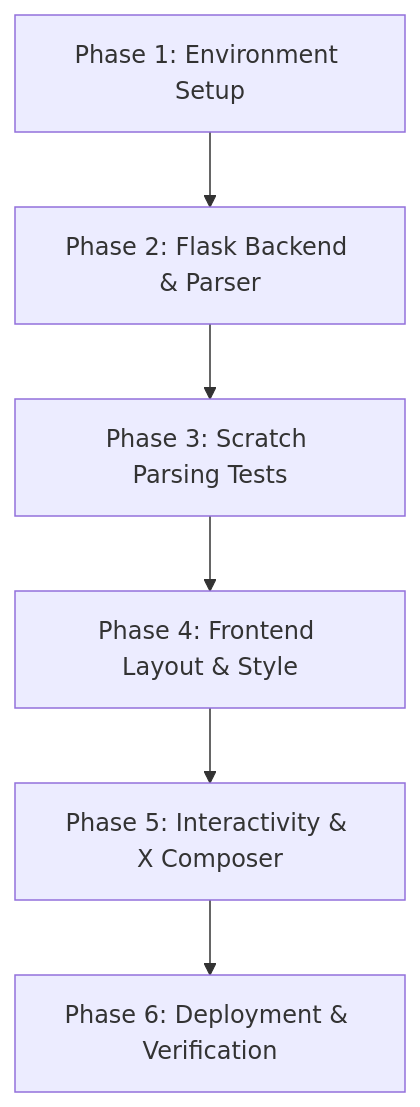
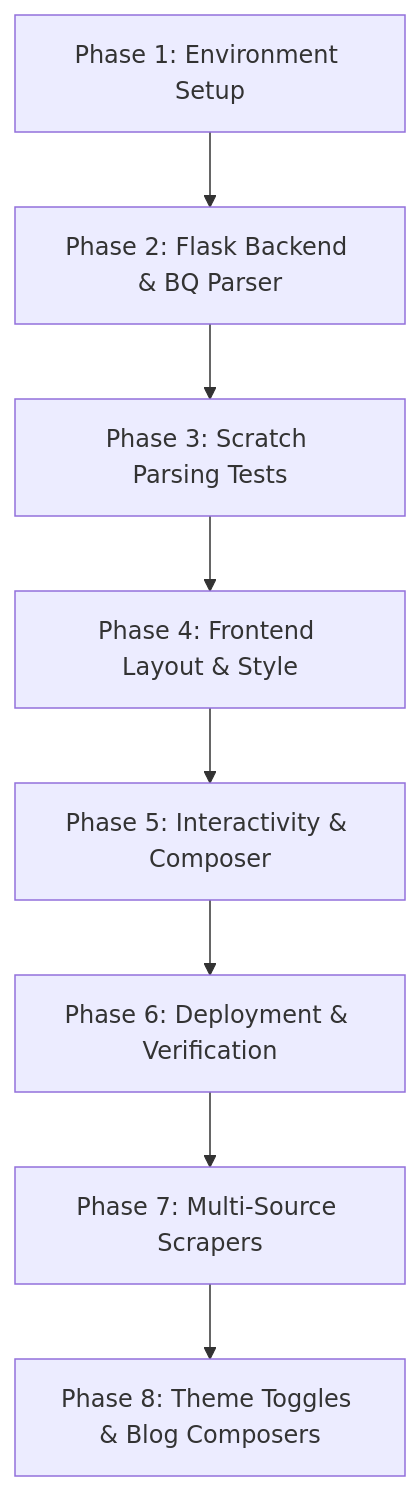
The diagram in implementation_plan.md (goelkiran/goelkir-event-talks-app), drawn with Mermaid before and after one commit. The commit also changed other lines of this file and 2 other files, not shown here.

Commit message:
Update documentation markdown files with name rebrand and multi-source details

````diff
--- a/implementation_plan.md
+++ b/implementation_plan.md
@@ -5,8 +5,10 @@
 ```mermaid
 graph TD
-    A[Phase 1: Environment Setup] --> B[Phase 2: Flask Backend & Parser]
+    A[Phase 1: Environment Setup] --> B[Phase 2: Flask Backend & BQ Parser]
     B --> C[Phase 3: Scratch Parsing Tests]
     C --> D[Phase 4: Frontend Layout & Style]
-    D --> E[Phase 5: Interactivity & X Composer]
+    D --> E[Phase 5: Interactivity & Composer]
     E --> F[Phase 6: Deployment & Verification]
+    F --> G[Phase 7: Multi-Source Scrapers]
+    G --> H[Phase 8: Theme Toggles & Blog Composers]
 ```
````
